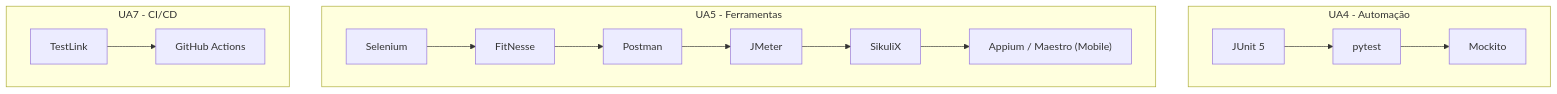
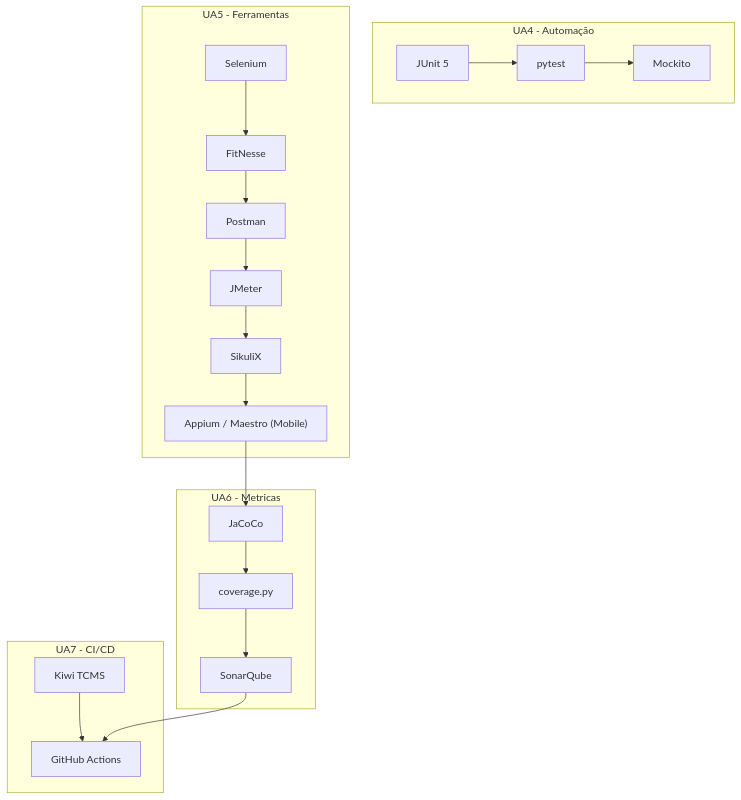
The diagram in class01/diagrams/GQS01-D03-flowchart.mmd (giovanebarcelos/gqs-sandbox), drawn with Mermaid before and after one commit. The commit also changed 28 other files, not shown here.

```diff
--- a/class01/diagrams/GQS01-D03-flowchart.mmd
+++ b/class01/diagrams/GQS01-D03-flowchart.mmd
@@ -1,15 +1,21 @@
 flowchart TD
     subgraph UA4[UA4 - Automação]
         J[JUnit 5] --> P[pytest]
         P --> M[Mockito]
     end
     subgraph UA5[UA5 - Ferramentas]
         S[Selenium] --> F[FitNesse]
         F --> PT[Postman]
         PT --> JM[JMeter]
         JM --> SK[SikuliX]
         SK --> MOB["Appium / Maestro (Mobile)"]
     end
+    subgraph UA6[UA6 - Metricas]
+        JC[JaCoCo] --> CP["coverage.py"]
+        CP --> SQ[SonarQube]
+    end
     subgraph UA7[UA7 - CI/CD]
-        TL[TestLink] --> GA[GitHub Actions]
+        KW[Kiwi TCMS] --> GA[GitHub Actions]
     end
+    MOB --> JC
+    SQ --> GA
```
